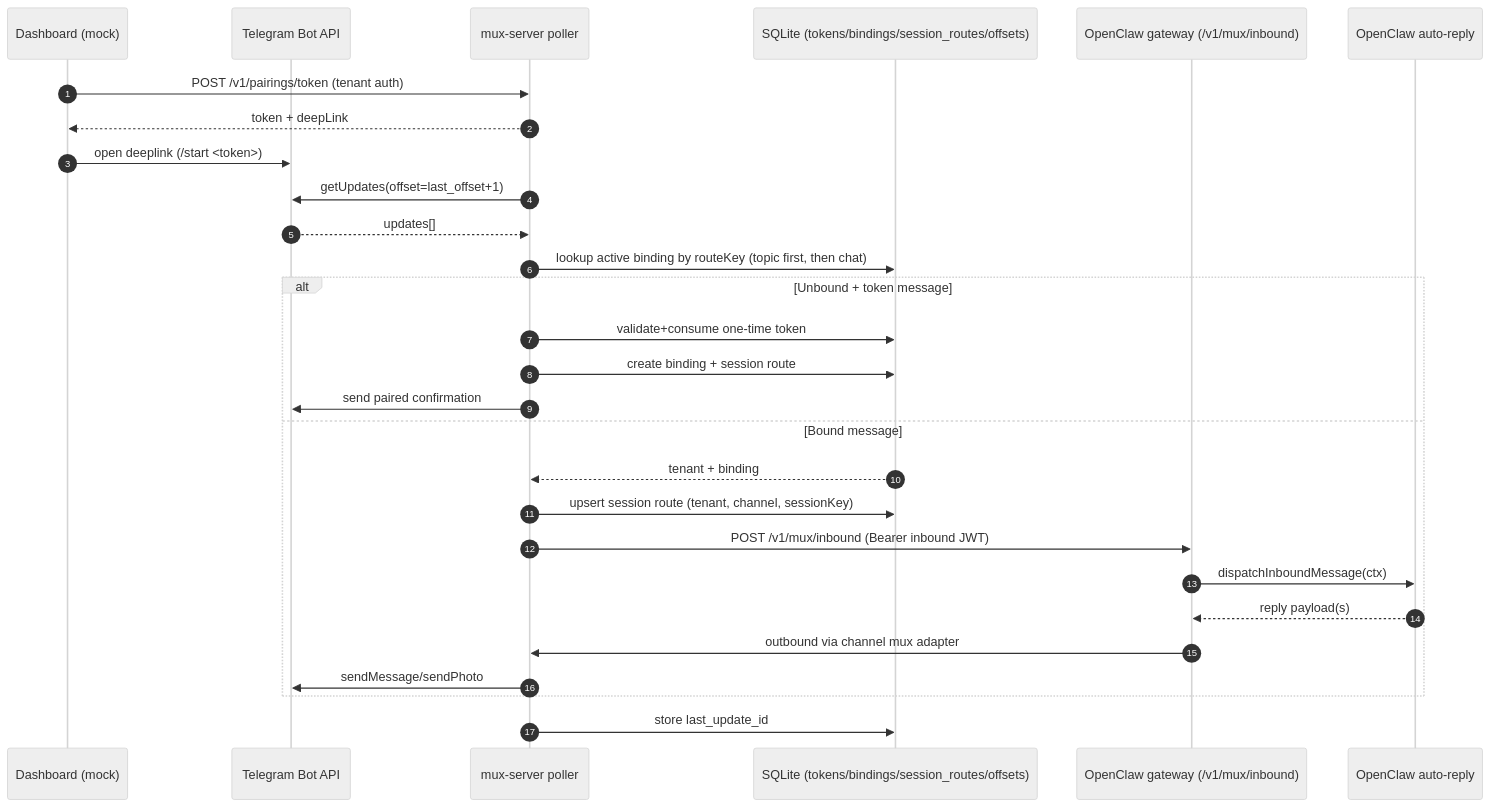
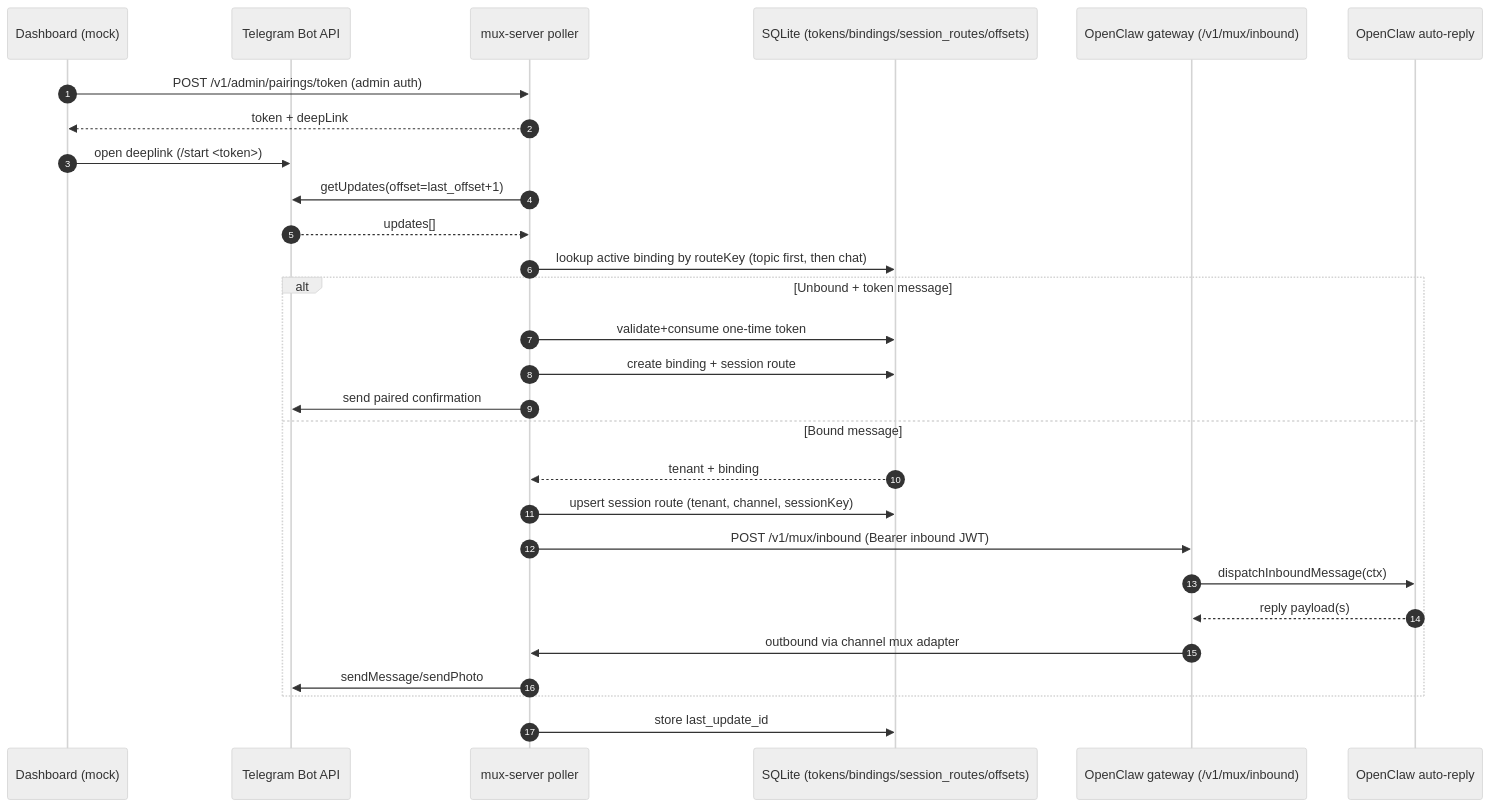
Before and after one commit to h4x3rotab/openclaw: the first of 2 diagrams in mux-server/README.md, drawn with Mermaid (neutral theme). The commit also changed other lines of this file and 2 other files, not shown here.

Commit message:
mux-server: add admin pairing token endpoint

````diff
--- a/mux-server/README.md
+++ b/mux-server/README.md
@@ -674,31 +712,31 @@
 ```mermaid
 sequenceDiagram
   autonumber
   participant UI as Dashboard (mock)
   participant TG as Telegram Bot API
   participant MUX as mux-server poller
   participant DB as SQLite (tokens/bindings/session_routes/offsets)
   participant OC as OpenClaw gateway (/v1/mux/inbound)
   participant AR as OpenClaw auto-reply
 
-  UI->>MUX: POST /v1/pairings/token (tenant auth)
+  UI->>MUX: POST /v1/admin/pairings/token (admin auth)
   MUX-->>UI: token + deepLink
   UI->>TG: open deeplink (/start <token>)
   MUX->>TG: getUpdates(offset=last_offset+1)
   TG-->>MUX: updates[]
   MUX->>DB: lookup active binding by routeKey (topic first, then chat)
   alt Unbound + token message
     MUX->>DB: validate+consume one-time token
     MUX->>DB: create binding + session route
     MUX->>TG: send paired confirmation
   else Bound message
     DB-->>MUX: tenant + binding
     MUX->>DB: upsert session route (tenant, channel, sessionKey)
     MUX->>OC: POST /v1/mux/inbound (Bearer inbound JWT)
     OC->>AR: dispatchInboundMessage(ctx)
     AR-->>OC: reply payload(s)
     OC->>MUX: outbound via channel mux adapter
     MUX->>TG: sendMessage/sendPhoto
   end
   MUX->>DB: store last_update_id
 ```
````
